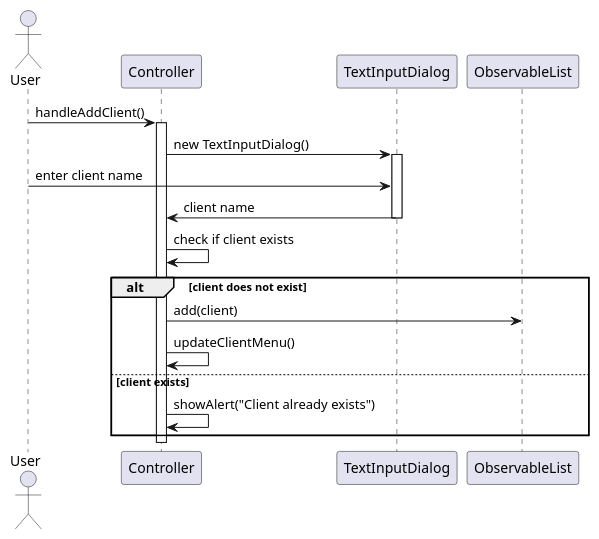
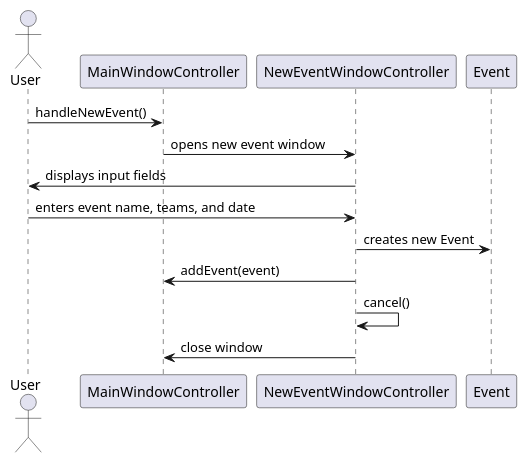
One commit to KrzysztofZdebski/ProjektPO1 changed the diagram in schematics/sequenceDiagram.puml. Above: the diagram before and after it, drawn with PlantUML. The commit also changed 3 other files, not shown here.

Commit message:
diagrams

```diff
--- a/schematics/sequenceDiagram.puml
+++ b/schematics/sequenceDiagram.puml
@@ -1,21 +1,18 @@
 @startuml
+
+' Sequence Diagram: Create New Event Workflow
 actor User
+participant MainWindowController
+participant NewEventWindowController
+participant Event
 
-User -> Controller: handleAddClient()
-activate Controller
+User -> MainWindowController : handleNewEvent()
+MainWindowController -> NewEventWindowController : opens new event window
+NewEventWindowController -> User : displays input fields
+User -> NewEventWindowController : enters event name, teams, and date
+NewEventWindowController -> Event : creates new Event
+NewEventWindowController -> MainWindowController : addEvent(event)
+NewEventWindowController -> NewEventWindowController : cancel()
+NewEventWindowController -> MainWindowController : close window
 
-Controller -> TextInputDialog: new TextInputDialog()
-activate TextInputDialog
-User -> TextInputDialog: enter client name
-TextInputDialog -> Controller: client name
-deactivate TextInputDialog
-
-Controller -> Controller: check if client exists
-alt client does not exist
-    Controller -> ObservableList: add(client)
-    Controller -> Controller: updateClientMenu()
-else client exists
-    Controller -> Controller: showAlert("Client already exists")
-end
-deactivate Controller
 @enduml
```
